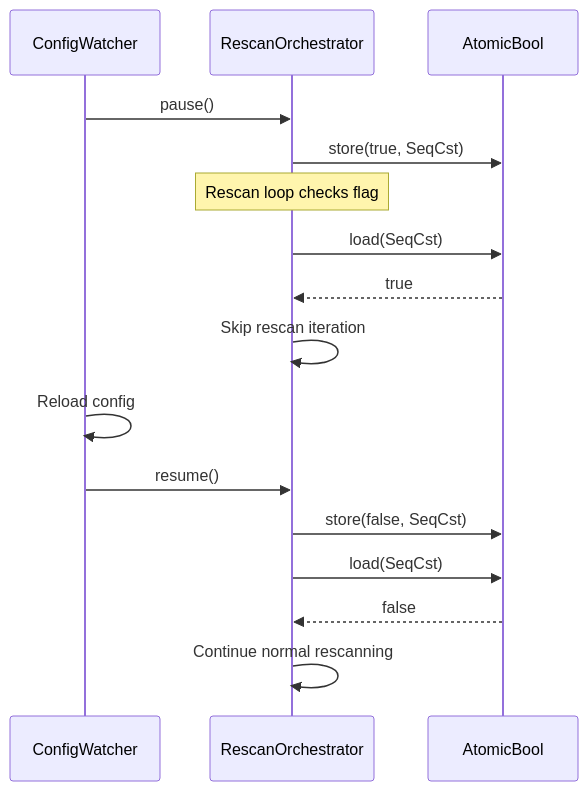
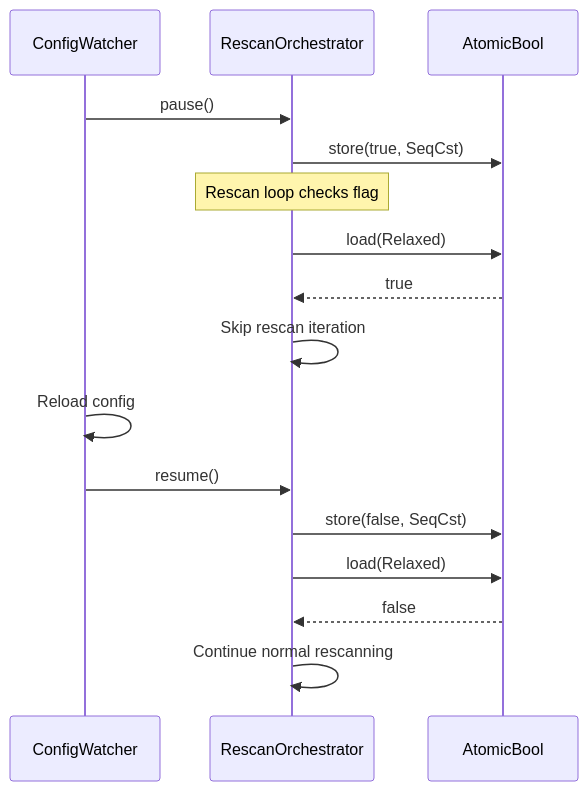
One commit to Lighty-Launcher/LightyUpdater changed the fifth of 9 diagrams in crates/cache/docs/rescan.md. Above: the diagram before and after it, drawn with Mermaid. The commit also changed other lines of this file and 23 other files, not shown here.

````diff
--- a/crates/cache/docs/rescan.md
+++ b/crates/cache/docs/rescan.md
@@ -211,22 +216,22 @@
 ```mermaid
 sequenceDiagram
     participant Watcher as ConfigWatcher
     participant RO as RescanOrchestrator
     participant Flag as AtomicBool
 
     Watcher->>RO: pause()
     RO->>Flag: store(true, SeqCst)
 
     Note over RO: Rescan loop checks flag
-    RO->>Flag: load(SeqCst)
+    RO->>Flag: load(Relaxed)
     Flag-->>RO: true
     RO->>RO: Skip rescan iteration
 
     Watcher->>Watcher: Reload config
     Watcher->>RO: resume()
     RO->>Flag: store(false, SeqCst)
 
-    RO->>Flag: load(SeqCst)
+    RO->>Flag: load(Relaxed)
     Flag-->>RO: false
     RO->>RO: Continue normal rescanning
 ```
````
